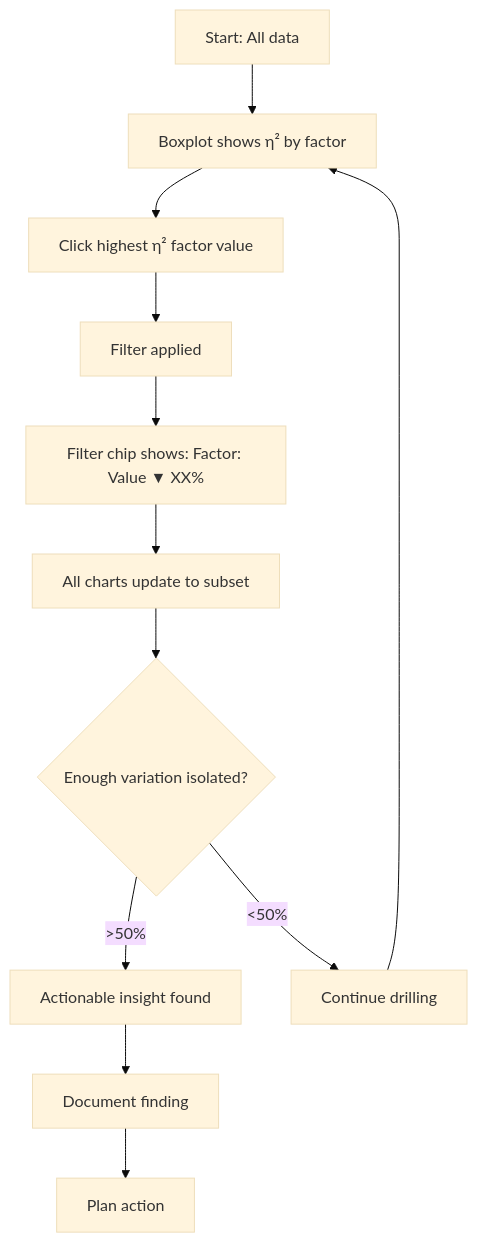
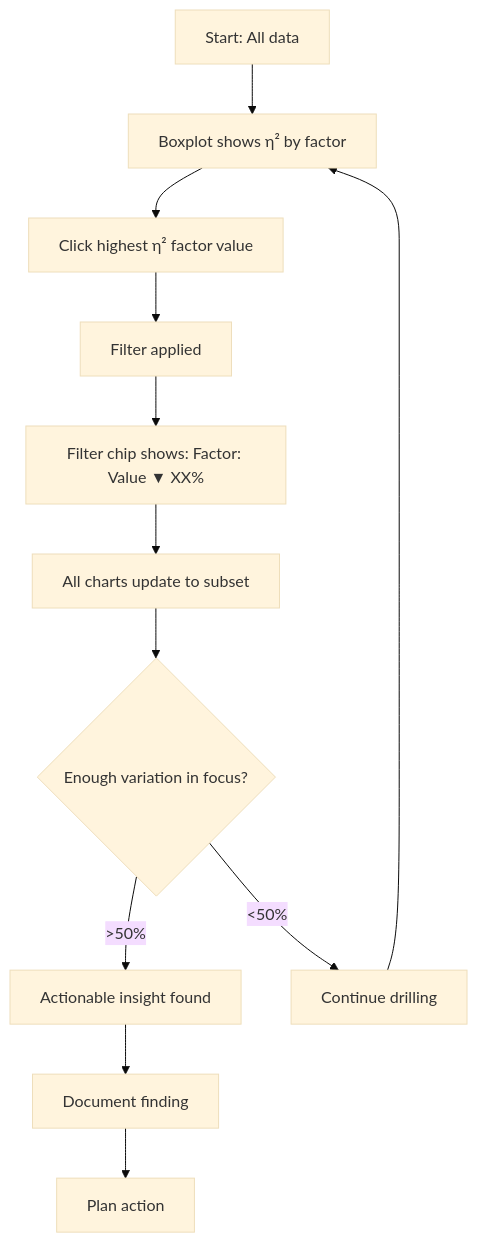
The diagram in docs/03-features/workflows/drill-down-workflow.md (jukka-matti/variscout), drawn with Mermaid (base theme) before and after one commit. The commit also changed other lines of this file and 15 other files, not shown here.

First line of the commit message:
fix: remove misleading summed η² from hypothesis tree, rename "isolated" to "in focus"

````diff
--- a/docs/03-features/workflows/drill-down-workflow.md
+++ b/docs/03-features/workflows/drill-down-workflow.md
@@ -67,14 +67,14 @@
 ```mermaid
 flowchart TD
     A[Start: All data] --> B[Boxplot shows η² by factor]
     B --> C[Click highest η² factor value]
     C --> D[Filter applied]
     D --> E["Filter chip shows: Factor: Value ▼ XX%"]
     E --> F[All charts update to subset]
-    F --> G{Enough variation isolated?}
+    F --> G{Enough variation in focus?}
     G -->|">50%"| H[Actionable insight found]
     G -->|"<50%"| I[Continue drilling]
     I --> B
     H --> J[Document finding]
     J --> K[Plan action]
 ```
````
